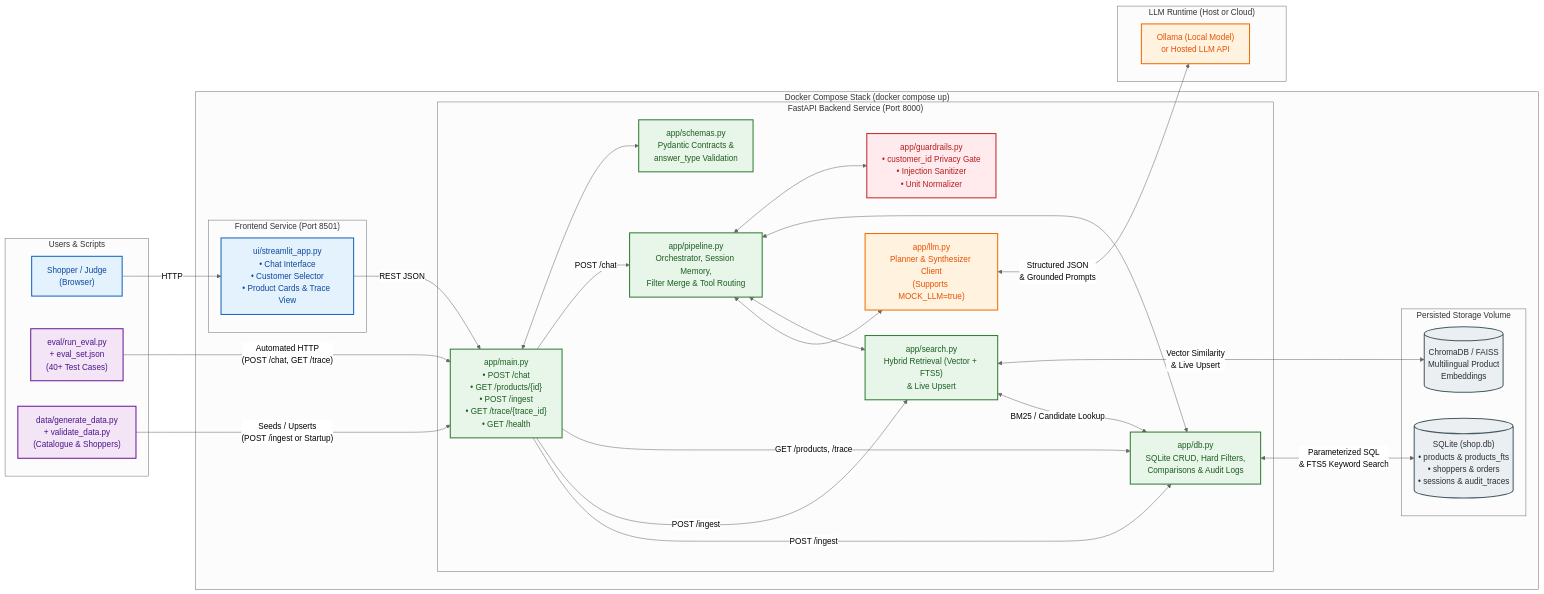
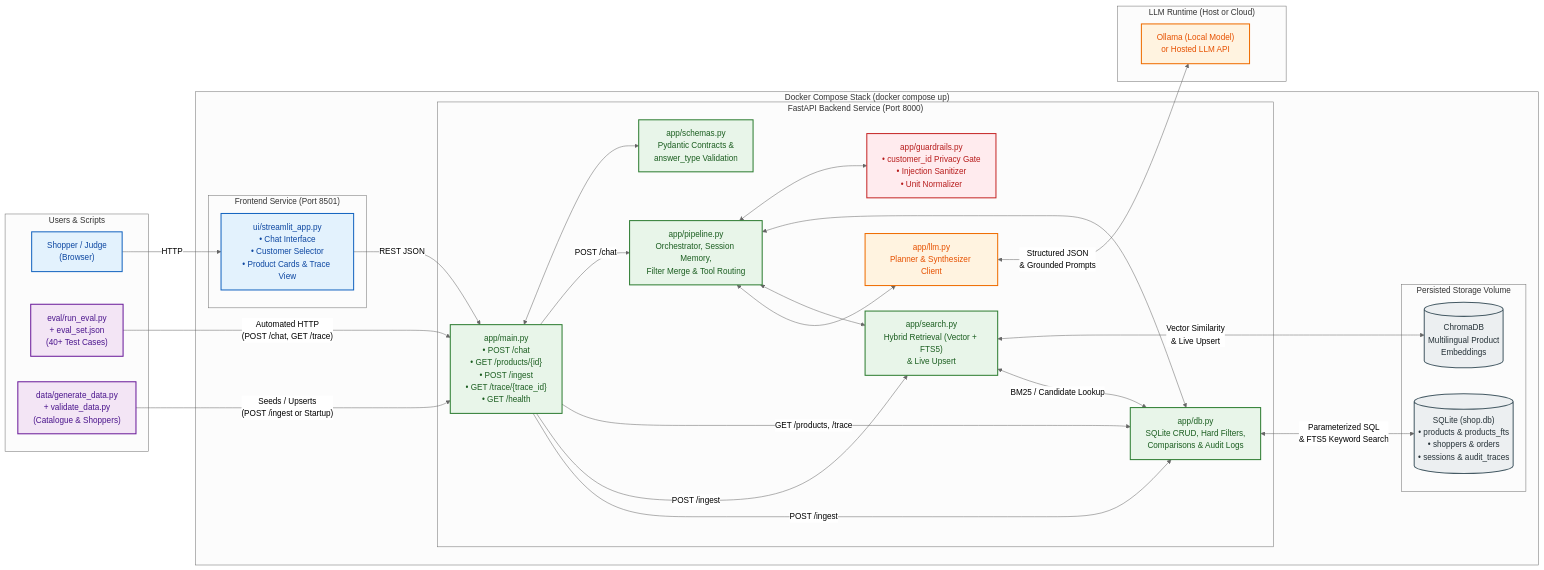
One commit to astronix1/phoenix1515 changed the diagram in README.md. Above: the diagram before and after it, drawn with Mermaid (neutral theme).

Commit message:
Readme file

````diff
--- a/README.md
+++ b/README.md
@@ -3,64 +3,64 @@
 ```mermaid
 flowchart LR
     %% Styling
     classDef ui fill:#e3f2fd,stroke:#1565c0,stroke-width:2px,color:#0d47a1
     classDef core fill:#e8f5e9,stroke:#2e7d32,stroke-width:2px,color:#1b5e20
     classDef guard fill:#ffebee,stroke:#c62828,stroke-width:2px,color:#b71c1c
     classDef llm fill:#fff3e0,stroke:#ef6c00,stroke-width:2px,color:#e65100
     classDef db fill:#eceff1,stroke:#455a64,stroke-width:2px,color:#263238
     classDef cli fill:#f3e5f5,stroke:#6a1b9a,stroke-width:2px,color:#4a148c
 
     subgraph USERS["Users & Scripts"]
         SHOPPER["Shopper / Judge<br/>(Browser)"]:::ui
         EVAL["eval/run_eval.py<br/>+ eval_set.json<br/>(40+ Test Cases)"]:::cli
         DATAGEN["data/generate_data.py<br/>+ validate_data.py<br/>(Catalogue & Shoppers)"]:::cli
     end
 
     subgraph DOCKER["Docker Compose Stack (docker compose up)"]
         subgraph UI_SVC["Frontend Service (Port 8501)"]
             STREAMLIT["ui/streamlit_app.py<br/>• Chat Interface<br/>• Customer Selector<br/>• Product Cards & Trace View"]:::ui
         end
 
         subgraph API_SVC["FastAPI Backend Service (Port 8000)"]
             MAIN["app/main.py<br/>• POST /chat<br/>• GET /products/{id}<br/>• POST /ingest<br/>• GET /trace/{trace_id}<br/>• GET /health"]:::core
             SCHEMAS["app/schemas.py<br/>Pydantic Contracts &<br/>answer_type Validation"]:::core
             PIPE["app/pipeline.py<br/>Orchestrator, Session Memory,<br/>Filter Merge & Tool Routing"]:::core
             GUARD["app/guardrails.py<br/>• customer_id Privacy Gate<br/>• Injection Sanitizer<br/>• Unit Normalizer"]:::guard
             DB_MOD["app/db.py<br/>SQLite CRUD, Hard Filters,<br/>Comparisons & Audit Logs"]:::core
             SEARCH_MOD["app/search.py<br/>Hybrid Retrieval (Vector + FTS5)<br/>& Live Upsert"]:::core
-            LLM_MOD["app/llm.py<br/>Planner & Synthesizer Client<br/>(Supports MOCK_LLM=true)"]:::llm
+            LLM_MOD["app/llm.py<br/>Planner & Synthesizer Client<br/>"]:::llm
         end
 
         subgraph STORAGE["Persisted Storage Volume"]
-            SQLITE[("SQLite (shop.db)<br/>• products & products_fts<br/>• shoppers & orders<br/>• sessions & audit_traces")]:::db
-            VECTOR[("ChromaDB / FAISS<br/>Multilingual Product<br/>Embeddings")]:::db
+            SQLITE[("SQLite (shop.db)<br/>• products & products_fts<br/>• shoppers & orders<br/> • sessions & audit_traces")]:::db
+            VECTOR[(" ChromaDB<br/>Multilingual Product<br/>Embeddings")]:::db
         end
     end
 
     subgraph MODEL_SVC["LLM Runtime (Host or Cloud)"]
         LLM_ENG["Ollama (Local Model)<br/>or Hosted LLM API"]:::llm
     end
 
     %% Connections
     SHOPPER -->|"HTTP"| STREAMLIT
     STREAMLIT -->|"REST JSON"| MAIN
     EVAL -->|"Automated HTTP<br/>(POST /chat, GET /trace)"| MAIN
     DATAGEN -->|"Seeds / Upserts<br/>(POST /ingest or Startup)"| MAIN
 
     MAIN <--> SCHEMAS
     MAIN -->|"POST /chat"| PIPE
     MAIN -->|"GET /products, /trace"| DB_MOD
     MAIN -->|"POST /ingest"| SEARCH_MOD
     MAIN -->|"POST /ingest"| DB_MOD
 
     PIPE <--> GUARD
     PIPE <--> DB_MOD
     PIPE <--> SEARCH_MOD
     PIPE <--> LLM_MOD
 
     DB_MOD <-->|"Parameterized SQL<br/>& FTS5 Keyword Search"| SQLITE
     SEARCH_MOD <-->|"Vector Similarity<br/>& Live Upsert"| VECTOR
     SEARCH_MOD <-->|"BM25 / Candidate Lookup"| DB_MOD
 
     LLM_MOD <-->|"Structured JSON<br/>& Grounded Prompts"| LLM_ENG
 ```
````
